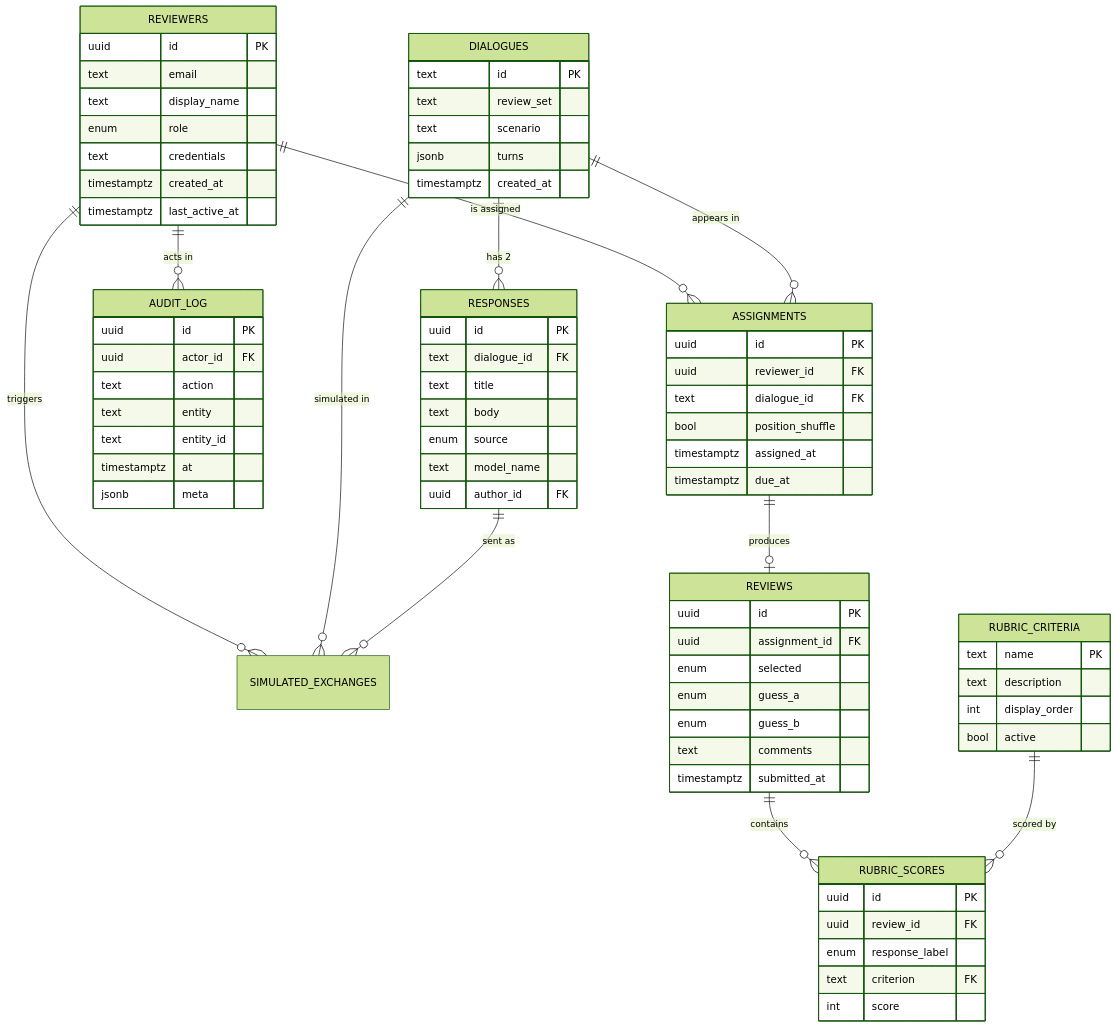
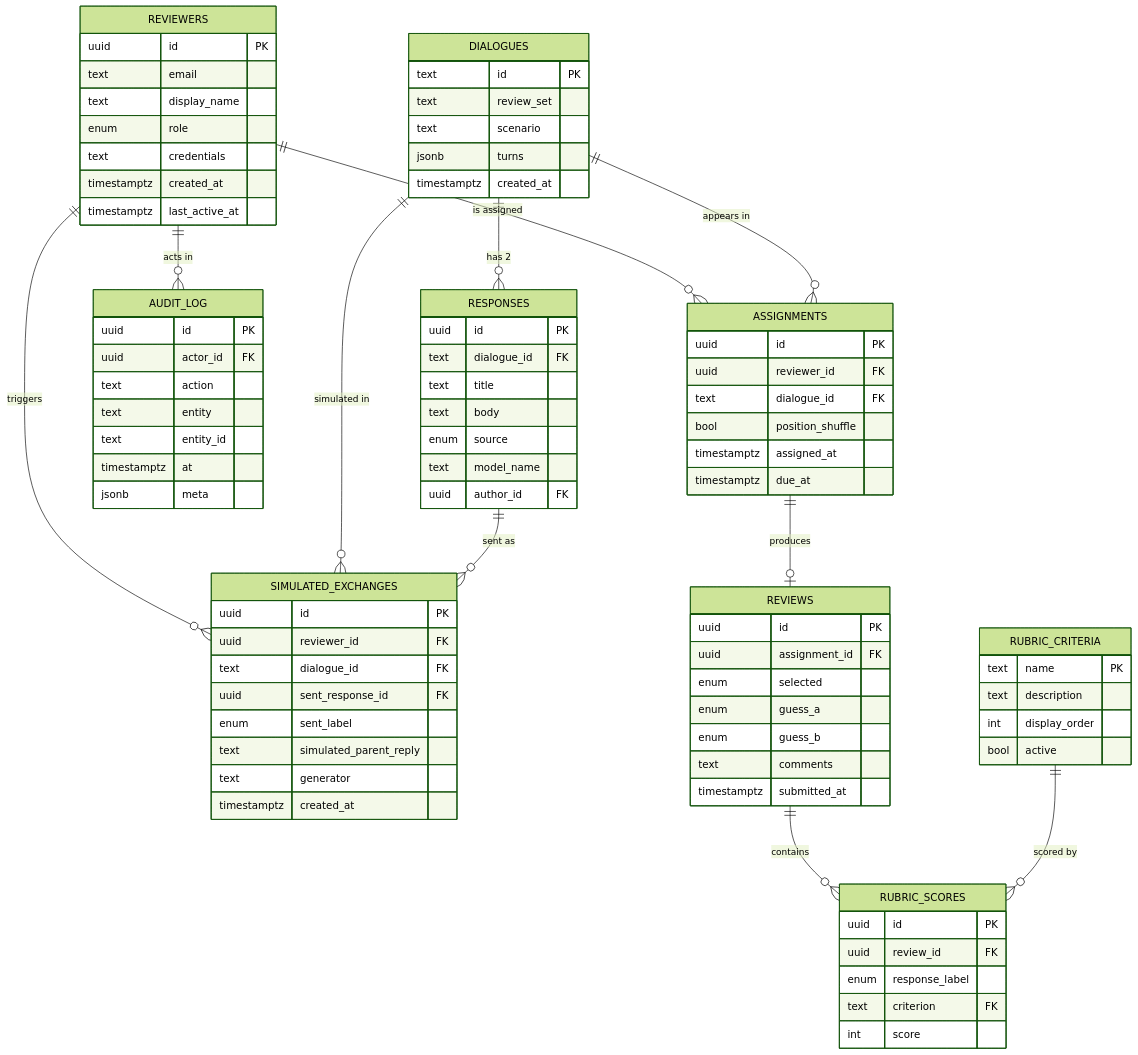
Before and after one commit to jayrosen-design/mira-reviewer: the second of 2 diagrams in README.md, drawn with Mermaid (forest theme).

````diff
--- a/README.md
+++ b/README.md
@@ -234,4 +234,14 @@
         timestamptz at
         jsonb meta
     }
+    SIMULATED_EXCHANGES {
+        uuid id PK
+        uuid reviewer_id FK
+        text dialogue_id FK
+        uuid sent_response_id FK
+        enum sent_label
+        text simulated_parent_reply
+        text generator
+        timestamptz created_at
+    }
 ```
````
